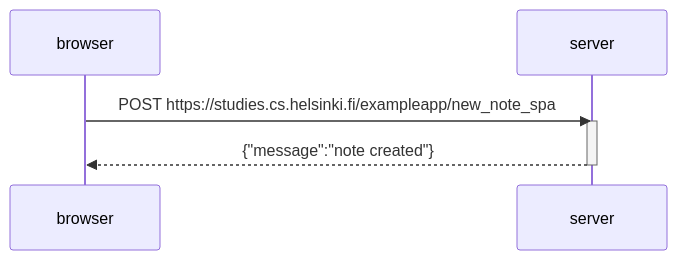
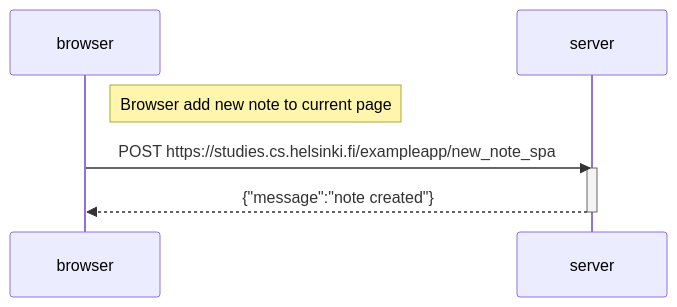
One commit to tle130475c/full-stack-open changed the diagram in part-0/exercise0.6-new-note-on-single-page-app-diagram.mmd. Above: the diagram before and after it, drawn with Mermaid.

Commit message:
update step on exercise 0.6

```diff
--- a/part-0/exercise0.6-new-note-on-single-page-app-diagram.mmd
+++ b/part-0/exercise0.6-new-note-on-single-page-app-diagram.mmd
@@ -1,8 +1,9 @@
 sequenceDiagram
     participant browser
     participant server
 
+    Note right of browser: Browser add new note to current page
     browser->>server: POST https://studies.cs.helsinki.fi/exampleapp/new_note_spa
     activate server
     server-->>browser: {"message":"note created"}
     deactivate server
```
